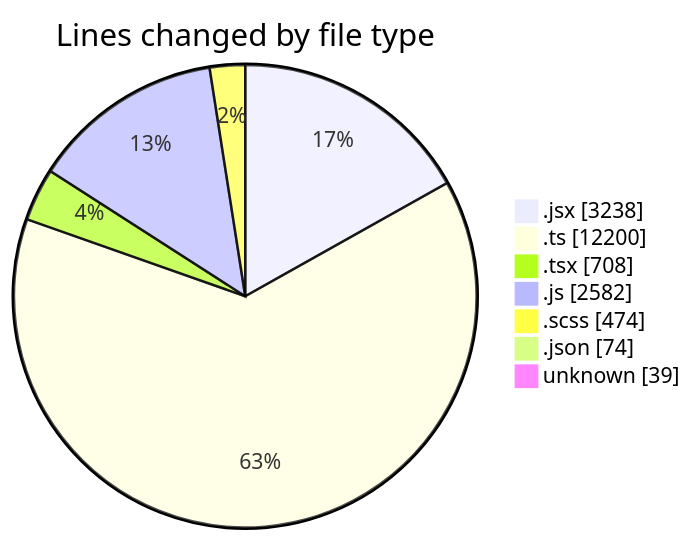
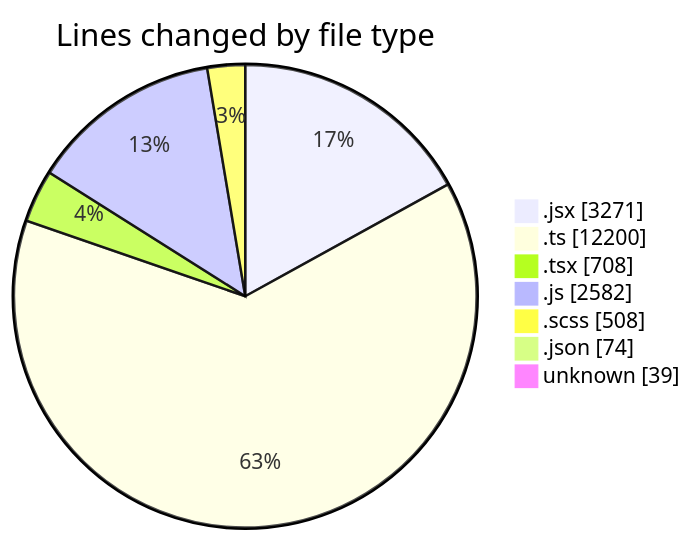
The first of 2 diagrams in 2025-06-05/cda/README.md (momahboobian/code-tracking), drawn with Mermaid before and after one commit. The commit also changed other lines of this file and 1 other file, not shown here.

````diff
--- a/2025-06-05/cda/README.md
+++ b/2025-06-05/cda/README.md
@@ -57,11 +57,11 @@
 ```mermaid
 pie showData
 title Lines changed by file type
-".jsx" : 3238
+".jsx" : 3271
 ".ts" : 12200
 ".tsx" : 708
 ".js" : 2582
-".scss" : 474
+".scss" : 508
 ".json" : 74
 "unknown" : 39
 ```
````
